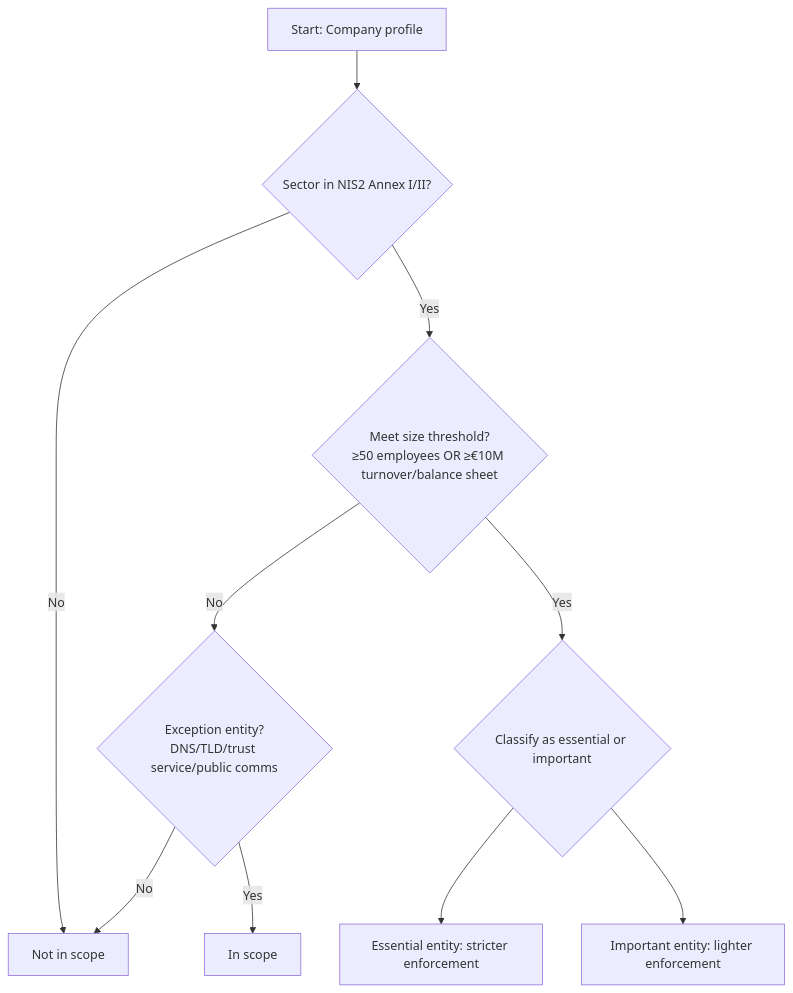
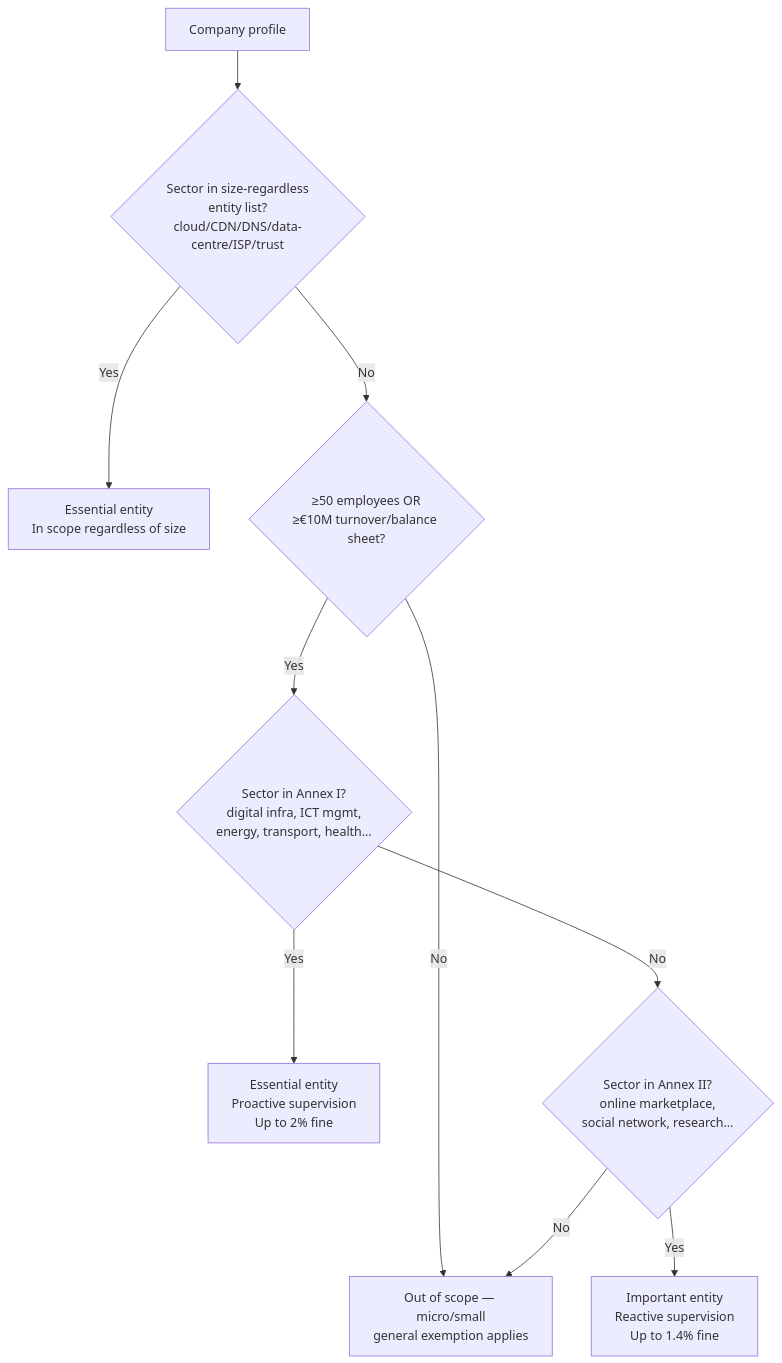
Before and after one commit to hackerkarlos/AI-COMPLIANCE: the first of 2 diagrams in docs/research/CPLY-008.md, drawn with Mermaid. The commit also changed other lines of this file, not shown here.

First line of the commit message:
feat(CPLY-008): Research NIS2 + EU AI Act applicability for startups

````diff
--- a/docs/research/CPLY-008.md
+++ b/docs/research/CPLY-008.md
@@ -173,12 +369,12 @@
 ```mermaid
 graph TD
-    A[Start: Company profile] --> B{Sector in NIS2 Annex I/II?};
-    B -- No --> C[Not in scope];
-    B -- Yes --> D{Meet size threshold?<br/>≥50 employees OR ≥€10M turnover/balance sheet};
-    D -- No --> E{Exception entity?<br/>DNS/TLD/trust service/public comms};
-    E -- No --> C;
-    E -- Yes --> F[In scope];
-    D -- Yes --> G{Classify as essential or important};
-    G --> H[Essential entity: stricter enforcement];
-    G --> I[Important entity: lighter enforcement];
+    A[Company profile] --> B{Sector in size-regardless<br/>entity list?<br/>cloud/CDN/DNS/data-centre/ISP/trust}
+    B -- Yes --> C[Essential entity<br/>In scope regardless of size]
+    B -- No --> D{≥50 employees OR<br/>≥€10M turnover/balance sheet?}
+    D -- No --> E[Out of scope — micro/small<br/>general exemption applies]
+    D -- Yes --> F{Sector in Annex I?<br/>digital infra, ICT mgmt,<br/>energy, transport, health…}
+    F -- Yes --> G[Essential entity<br/>Proactive supervision<br/>Up to 2% fine]
+    F -- No --> H{Sector in Annex II?<br/>online marketplace,<br/>social network, research…}
+    H -- Yes --> I[Important entity<br/>Reactive supervision<br/>Up to 1.4% fine]
+    H -- No --> E
 ```
````
